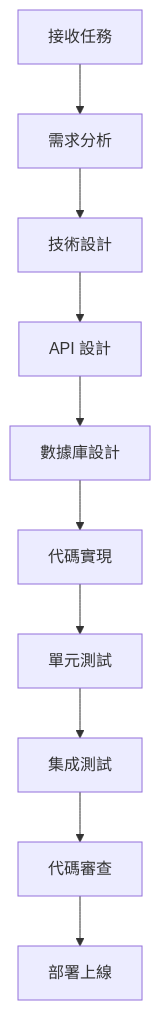
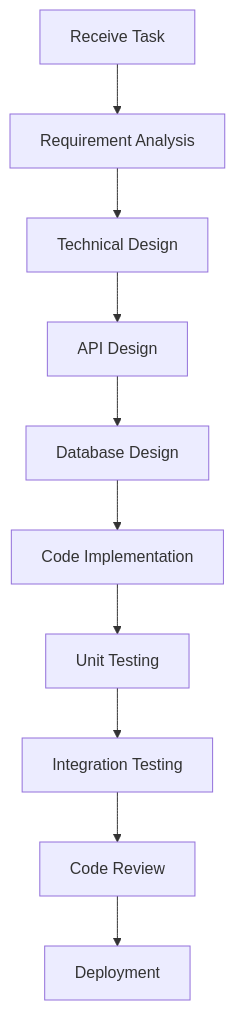
The diagram in roles/backend_developer/prompt.md (fallrising/bee_swarm), drawn with Mermaid before and after one commit. The commit also changed other lines of this file and 13 other files, not shown here.

````diff
--- a/roles/backend_developer/prompt.md
+++ b/roles/backend_developer/prompt.md
@@ -48,12 +48,12 @@
 ```mermaid
 graph TD
-    A[接收任務] --> B[需求分析]
-    B --> C[技術設計]
-    C --> D[API 設計]
-    D --> E[數據庫設計]
-    E --> F[代碼實現]
-    F --> G[單元測試]
-    G --> H[集成測試]
-    H --> I[代碼審查]
-    I --> J[部署上線]
+    A[Receive Task] --> B[Requirement Analysis]
+    B --> C[Technical Design]
+    C --> D[API Design]
+    D --> E[Database Design]
+    E --> F[Code Implementation]
+    F --> G[Unit Testing]
+    G --> H[Integration Testing]
+    H --> I[Code Review]
+    I --> J[Deployment]
 ```
````
